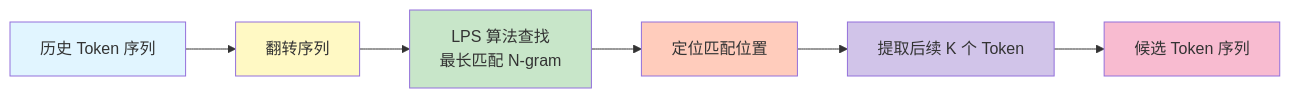
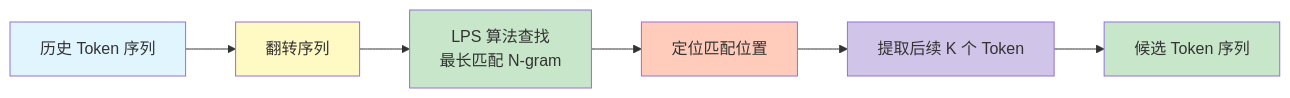
The second of 6 diagrams in docs/vllm-core/vllm_speculative_decoding_architecture.md (larryliuqing/vllm-docs), drawn with Mermaid before and after one commit. The commit also changed other lines of this file and 6 other files, not shown here.

````diff
--- a/docs/vllm-core/vllm_speculative_decoding_architecture.md
+++ b/docs/vllm-core/vllm_speculative_decoding_architecture.md
@@ -150,15 +173,15 @@
 ```mermaid
 flowchart LR
     A[历史 Token 序列] --> B[翻转序列]
     B --> C[LPS 算法查找<br/>最长匹配 N-gram]
     C --> D[定位匹配位置]
     D --> E[提取后续 K 个 Token]
     E --> F[候选 Token 序列]
     
     style A fill:#e1f5ff
     style B fill:#fff9c4
     style C fill:#c8e6c9
     style D fill:#ffccbc
     style E fill:#d1c4e9
-    style F fill:#f8bbd0
+    style F fill:#c8e6c9
 ```
````
